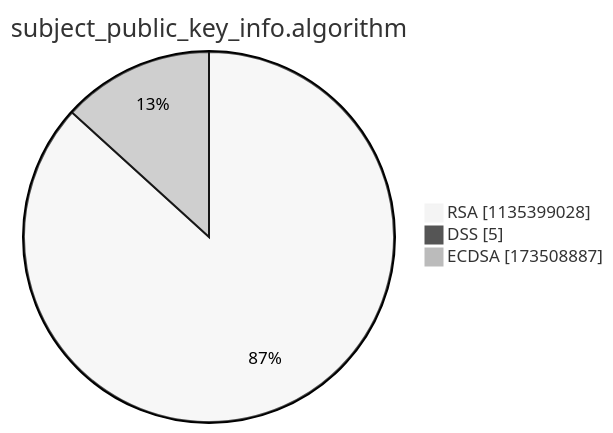
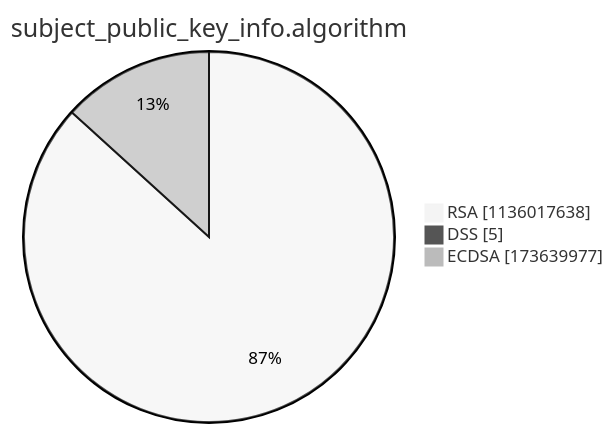
One commit to christiankrug/ctmonitor_visualization changed the third of 15 diagrams in argon2022/README.md. Above: the diagram before and after it, drawn with Mermaid (neutral theme). The commit also changed other lines of this file, not shown here.

````diff
--- a/argon2022/README.md
+++ b/argon2022/README.md
@@ -14,7 +14,7 @@
 ```mermaid
 pie showData
 title subject_public_key_info.algorithm
-"RSA" :1135399028
+"RSA" :1136017638
 "DSS" :5
-"ECDSA" :173508887
+"ECDSA" :173639977
 ```
````
